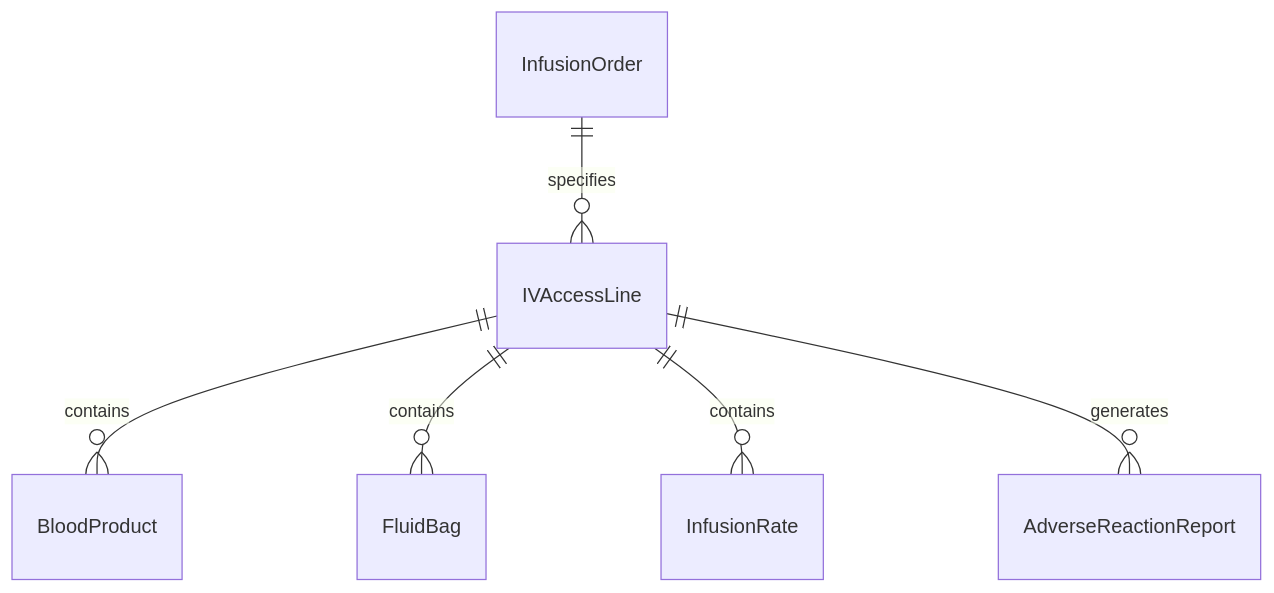
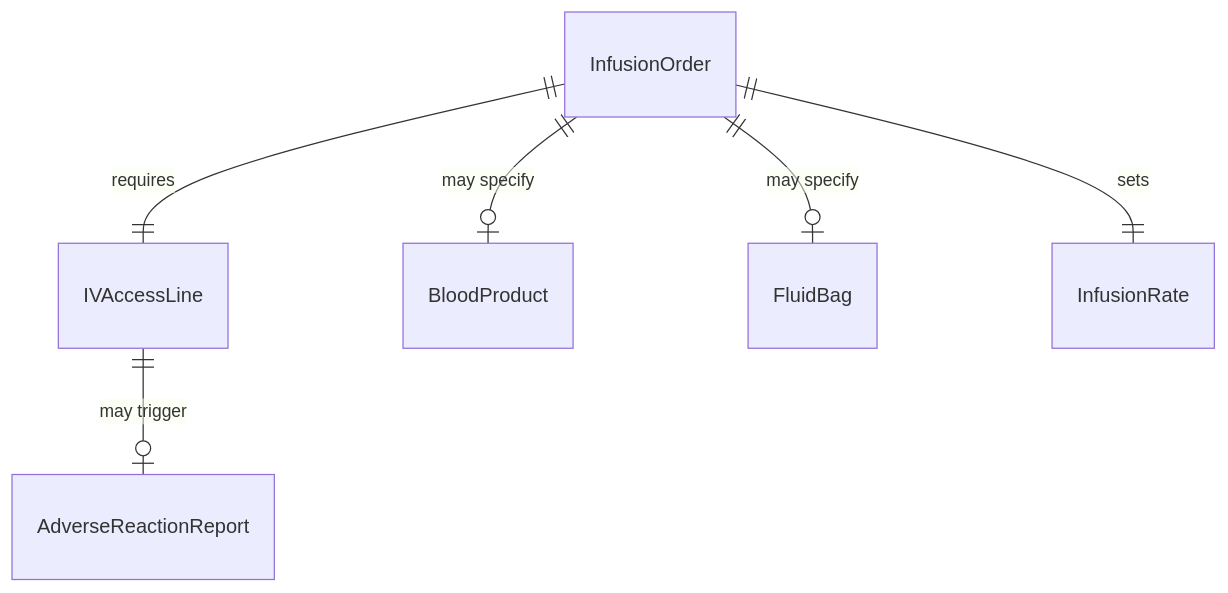
Before and after one commit to dot-org-ai/tasks.org.ai: the first of 4 diagrams in AssistingAndCaringForOthers/AdministerBasicHealthCareOrMedicalTreatments/AdministerBloodFluidsIntravenously.mdx, drawn with Mermaid. The commit also changed other lines of this file and 32 other files, not shown here.

First line of the commit message:
fix: Improve ER and State diagrams in 32 AssistingAndCaringForOthers DWA files

````diff
--- a/AssistingAndCaringForOthers/AdministerBasicHealthCareOrMedicalTreatments/AdministerBloodFluidsIntravenously.mdx
+++ b/AssistingAndCaringForOthers/AdministerBasicHealthCareOrMedicalTreatments/AdministerBloodFluidsIntravenously.mdx
@@ -88,8 +88,8 @@
 ```mermaid
 erDiagram
-    InfusionOrder ||--o{ IVAccessLine : specifies
-    IVAccessLine ||--o{ BloodProduct : contains
-    IVAccessLine ||--o{ FluidBag : contains
-    IVAccessLine ||--o{ InfusionRate : contains
-    IVAccessLine ||--o{ AdverseReactionReport : generates
+    InfusionOrder ||--|| IVAccessLine : requires
+    InfusionOrder ||--o| BloodProduct : "may specify"
+    InfusionOrder ||--o| FluidBag : "may specify"
+    InfusionOrder ||--|| InfusionRate : sets
+    IVAccessLine ||--o| AdverseReactionReport : "may trigger"
 ```
````
